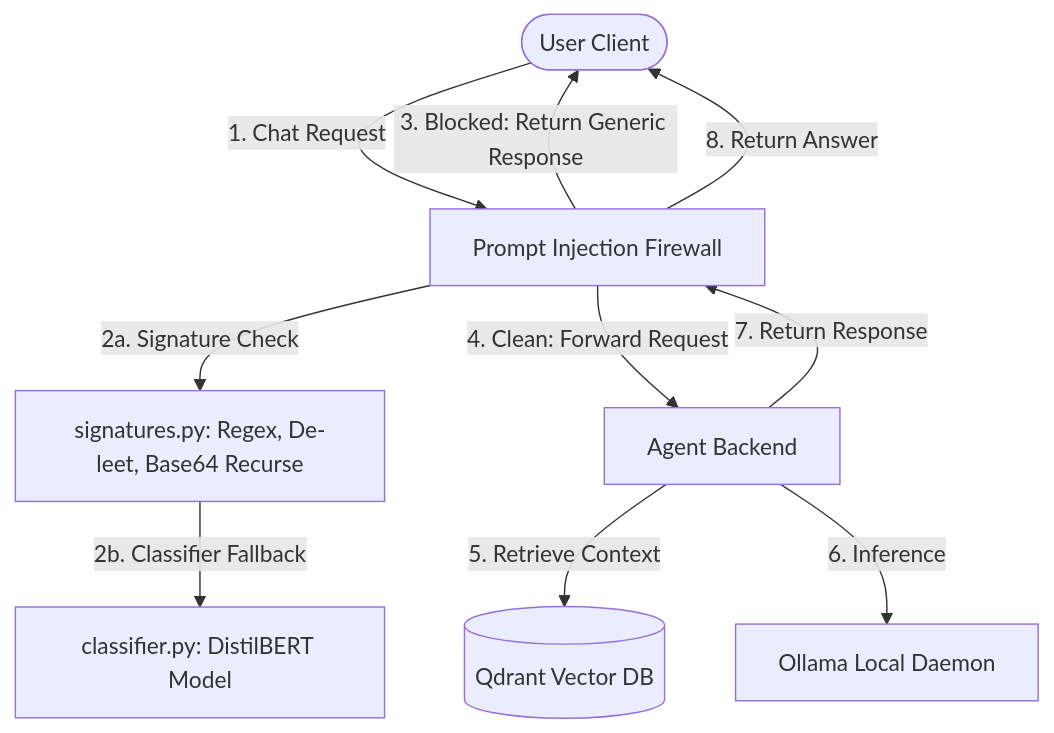
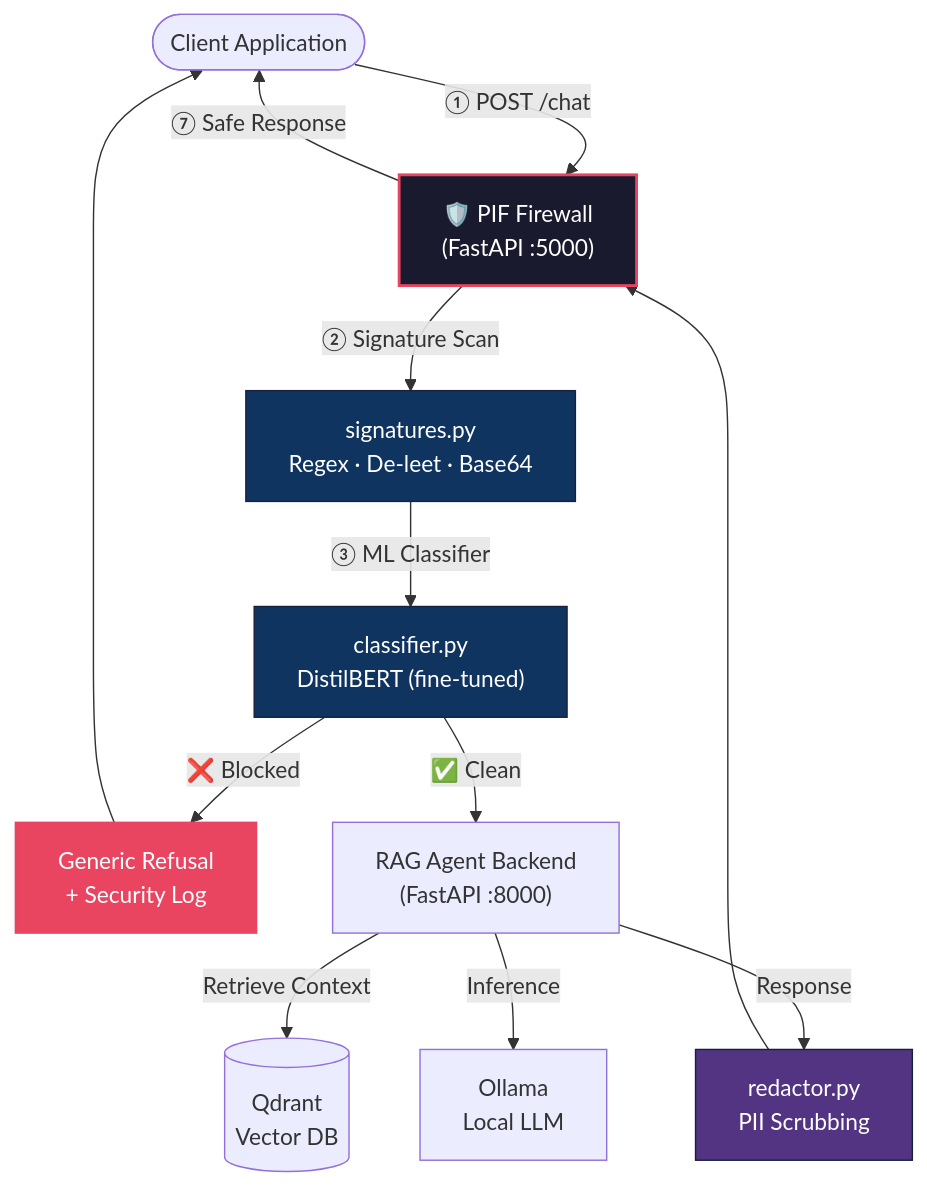
The diagram in README.md (bencrypted0/PIF-LLM-Firewall), drawn with Mermaid before and after one commit. The commit also changed other lines of this file, not shown here.

Commit message:
docs: overhaul README with architecture diagrams and feature breakdown,

````diff
--- a/README.md
+++ b/README.md
@@ -5,12 +56,23 @@
 ```mermaid
 graph TD
-    User([User Client]) -->|1. Chat Request| FW[Prompt Injection Firewall]
-    FW -->|2a. Signature Check| SIG[signatures.py: Regex, De-leet, Base64 Recurse]
-    SIG -->|2b. Classifier Fallback| CLS[classifier.py: DistilBERT Model]
-    FW -->|3. Blocked: Return Generic Response| User
-    FW -->|4. Clean: Forward Request| BE[Agent Backend]
-    BE -->|5. Retrieve Context| DB[(Qdrant Vector DB)]
-    BE -->|6. Inference| LLM[Ollama Local Daemon]
-    BE -->|7. Return Response| FW
-    FW -->|8. Return Answer| User
+    User([Client Application]) -->|"① POST /chat"| FW["🛡️ PIF Firewall<br/>(FastAPI :5000)"]
+    
+    FW -->|"② Signature Scan"| SIG["signatures.py<br/>Regex · De-leet · Base64"]
+    SIG -->|"③ ML Classifier"| CLS["classifier.py<br/>DistilBERT (fine-tuned)"]
+    
+    CLS -->|"❌ Blocked"| REFUSE["Generic Refusal<br/>+ Security Log"]
+    REFUSE --> User
+    
+    CLS -->|"✅ Clean"| BE["RAG Agent Backend<br/>(FastAPI :8000)"]
+    BE -->|"Retrieve Context"| DB[("Qdrant<br/>Vector DB")]
+    BE -->|"Inference"| LLM["Ollama<br/>Local LLM"]
+    BE -->|"Response"| REDACT["redactor.py<br/>PII Scrubbing"]
+    REDACT --> FW
+    FW -->|"⑦ Safe Response"| User
+
+    style FW fill:#1a1a2e,stroke:#e94560,stroke-width:2px,color:#fff
+    style REFUSE fill:#e94560,stroke:#e94560,color:#fff
+    style CLS fill:#0f3460,stroke:#16213e,color:#fff
+    style SIG fill:#0f3460,stroke:#16213e,color:#fff
+    style REDACT fill:#533483,stroke:#16213e,color:#fff
 ```
````
